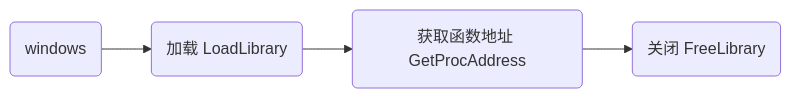
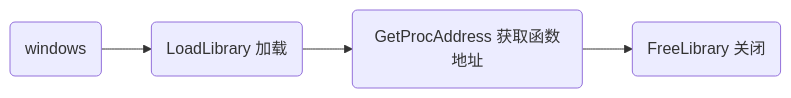
Before and after one commit to dmjcb/dmjcb.github.io: the fourth of 5 diagrams in _posts/c_c++/library/2023-02-28-dynamic library.md, drawn with Mermaid. The commit also changed other lines of this file and 6 other files, not shown here.

````diff
--- a/_posts/c_c++/library/2023-02-28-dynamic library.md
+++ b/_posts/c_c++/library/2023-02-28-dynamic library.md
@@ -323,4 +339,4 @@
 ```mermaid
 graph LR;
-    X(windows)-->A2(加载 LoadLibrary)-->B2(获取函数地址 GetProcAddress)-->C2(关闭 FreeLibrary)
+    X(windows)-->A2(LoadLibrary 加载)-->B2(GetProcAddress 获取函数地址)-->C2(FreeLibrary 关闭)
 ```
````
